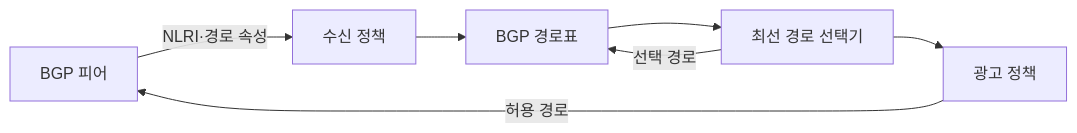
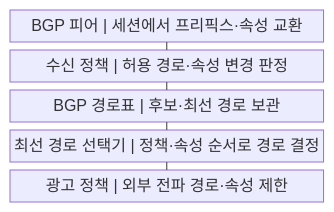
One commit to agnusdei1207/knowledge-base changed the first of 2 diagrams in src/content/docs/notes/04-network/012_bgp_border_gateway_protocol.md. Above: the diagram before and after it, drawn with Mermaid. The commit also changed other lines of this file and 20 other files, not shown here.

````diff
--- a/src/content/docs/notes/04-network/012_bgp_border_gateway_protocol.md
+++ b/src/content/docs/notes/04-network/012_bgp_border_gateway_protocol.md
@@ -61,9 +61,13 @@
 ```mermaid
-flowchart LR
-    E["BGP 피어"] -->|NLRI·경로 속성| I["수신 정책"]
-    I --> R["BGP 경로표"]
-    R --> S["최선 경로 선택기"]
-    S -->|선택 경로| R
-    S --> O["광고 정책"]
-    O -->|허용 경로| E
+block
+    columns 1
+    A["BGP 피어 | 세션에서 프리픽스·속성 교환"]
+    B["수신 정책 | 허용 경로·속성 변경 판정"]
+    C["BGP 경로표 | 후보·최선 경로 보관"]
+    D["최선 경로 선택기 | 정책·속성 순서로 경로 결정"]
+    E["광고 정책 | 외부 전파 경로·속성 제한"]
+    A --- B
+    B --- C
+    C --- D
+    D --- E
 ```
````
